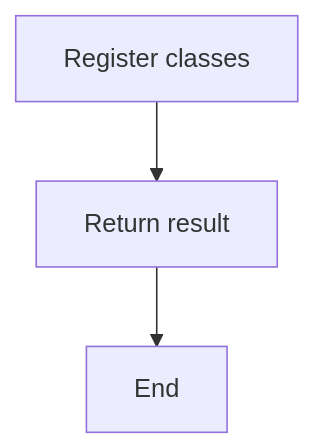
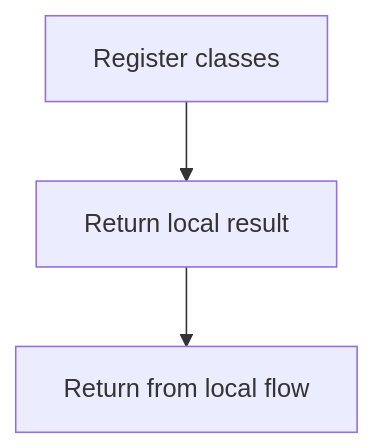
One commit to JohnAndrewBalbarosa/NeoTerritory changed the seventh of 7 diagrams in docs/Codebase/Microservice/Modules/Source/Analysis/Lexical/StructuralHooks/Flow/lexical_structure_hooks_program_flow.cpp.md. Above: the diagram before and after it, drawn with Mermaid. The commit also changed other lines of this file and 925 other files, not shown here.

````diff
--- a/docs/Codebase/Microservice/Modules/Source/Analysis/Lexical/StructuralHooks/Flow/lexical_structure_hooks_program_flow.cpp.md
+++ b/docs/Codebase/Microservice/Modules/Source/Analysis/Lexical/StructuralHooks/Flow/lexical_structure_hooks_program_flow.cpp.md
@@ -171,8 +171,8 @@
 ```mermaid
 flowchart TD
     N0["Register classes"]
-    N1["Return result"]
-    N2["End"]
+    N1["Return local result"]
+    N2["Return from local flow"]
     N0 --> N1
     N1 --> N2
 ```
````
